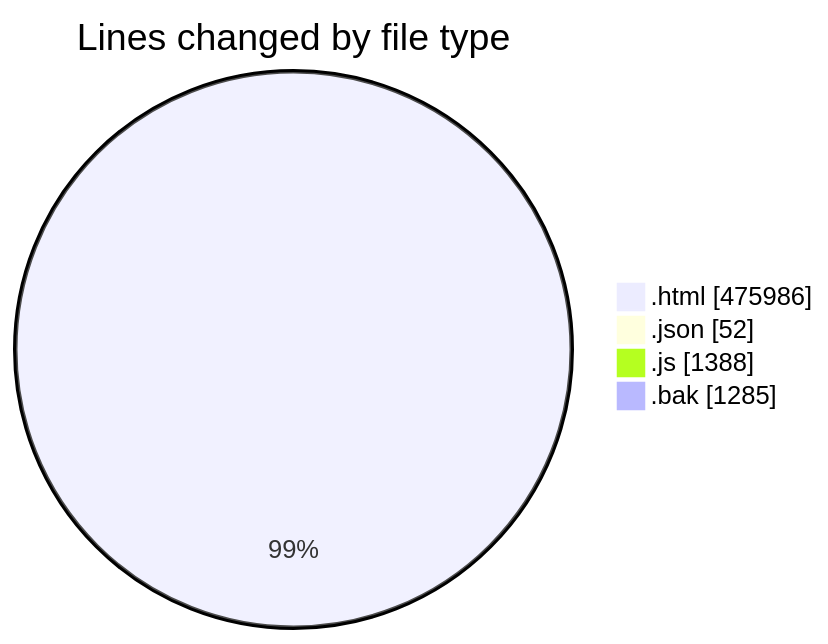
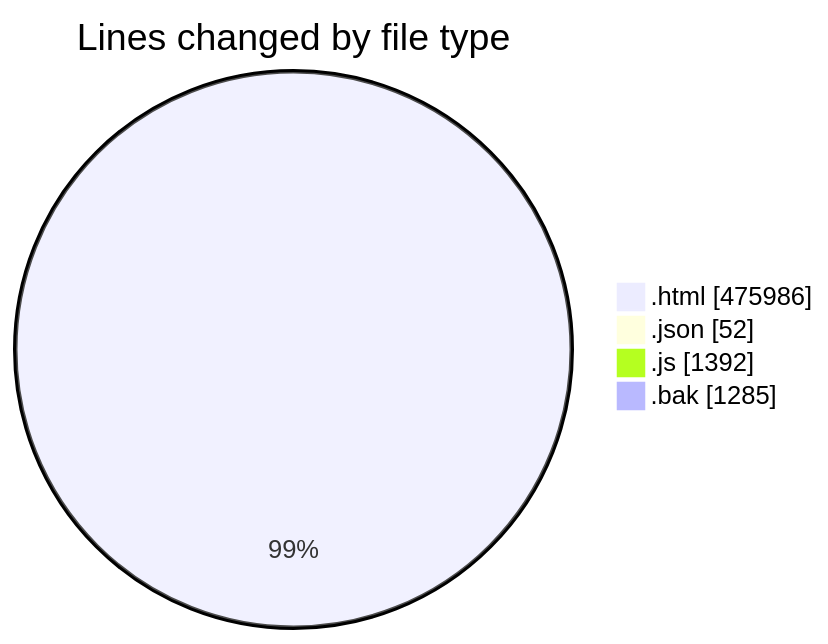
The first of 2 diagrams in 2025-09-16/www/README.md (vahidmafi/code-tracking), drawn with Mermaid before and after one commit. The commit also changed other lines of this file and 1 other file, not shown here.

````diff
--- a/2025-09-16/www/README.md
+++ b/2025-09-16/www/README.md
@@ -587,8 +587,8 @@
 ```mermaid
 pie showData
 title Lines changed by file type
 ".html" : 475986
 ".json" : 52
-".js" : 1388
+".js" : 1392
 ".bak" : 1285
 ```
````
